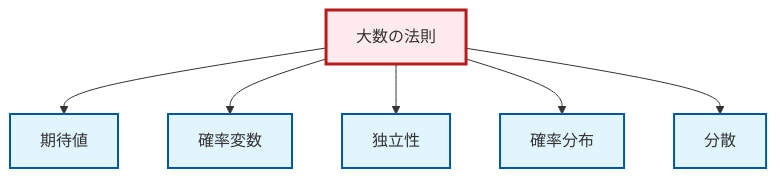
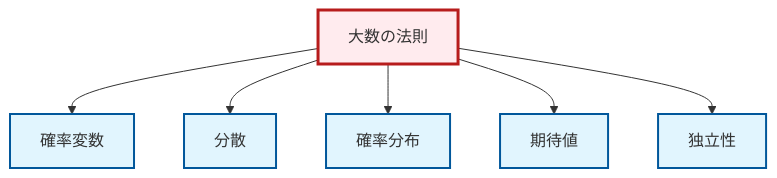
Before and after one commit to RK0429/ModernMath: the diagram in output/mermaid/ja/thm-law-of-large-numbers.mermaid, drawn with Mermaid. The commit also changed other lines of this file and 1744 other files, not shown here.

```diff
--- a/output/mermaid/ja/thm-law-of-large-numbers.mermaid
+++ b/output/mermaid/ja/thm-law-of-large-numbers.mermaid
@@ -1,18 +1,18 @@
 graph TD
     classDef definition fill:#e1f5fe,stroke:#01579b,stroke-width:2px
     classDef theorem fill:#f3e5f5,stroke:#4a148c,stroke-width:2px
     classDef axiom fill:#fff3e0,stroke:#e65100,stroke-width:2px
     classDef example fill:#e8f5e9,stroke:#1b5e20,stroke-width:2px
     classDef current fill:#ffebee,stroke:#b71c1c,stroke-width:3px
+    thm-law-of-large-numbers["大数の法則"]:::theorem
     def-probability-distribution["確率分布"]:::definition
+    def-variance["分散"]:::definition
+    def-independence["独立性"]:::definition
     def-expectation["期待値"]:::definition
     def-random-variable["確率変数"]:::definition
-    def-variance["分散"]:::definition
-    def-independence["独立性"]:::definition
-    thm-law-of-large-numbers["大数の法則"]:::theorem
+    thm-law-of-large-numbers --> def-random-variable
+    thm-law-of-large-numbers --> def-variance
+    thm-law-of-large-numbers --> def-probability-distribution
     thm-law-of-large-numbers --> def-expectation
-    thm-law-of-large-numbers --> def-random-variable
     thm-law-of-large-numbers --> def-independence
-    thm-law-of-large-numbers --> def-probability-distribution
-    thm-law-of-large-numbers --> def-variance
     class thm-law-of-large-numbers current
```
